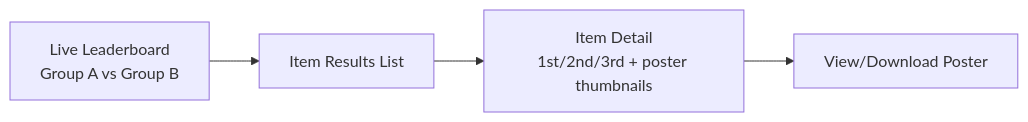
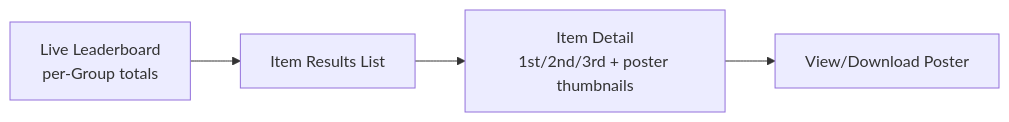
Before and after one commit to abbaspirg/TodoList: the fourth of 4 diagrams in docs/UI_UX_WORKFLOW.md, drawn with Mermaid. The commit also changed other lines of this file and 9 other files, not shown here.

````diff
--- a/docs/UI_UX_WORKFLOW.md
+++ b/docs/UI_UX_WORKFLOW.md
@@ -120,6 +119,6 @@
 ```mermaid
 flowchart LR
-    L[Live Leaderboard<br/>Group A vs Group B] --> R[Item Results List]
+    L[Live Leaderboard<br/>per-Group totals] --> R[Item Results List]
     R --> D[Item Detail<br/>1st/2nd/3rd + poster thumbnails]
     D --> Share[View/Download Poster]
 ```
````
